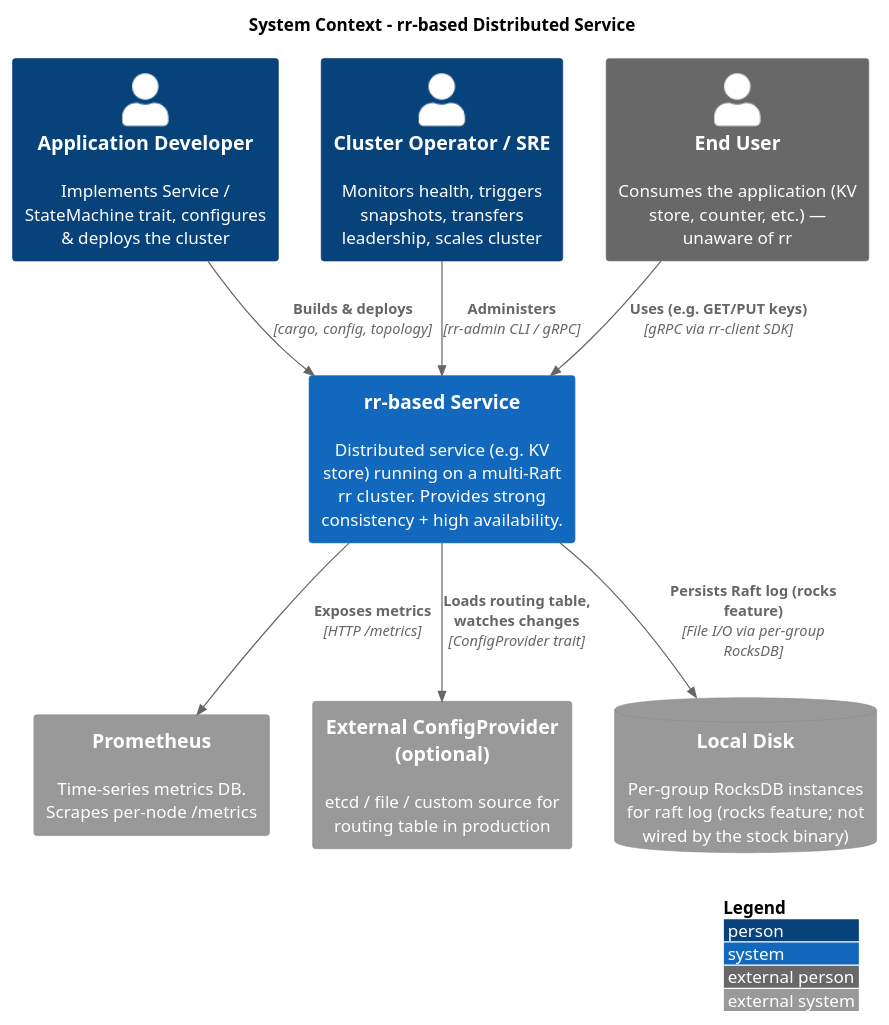
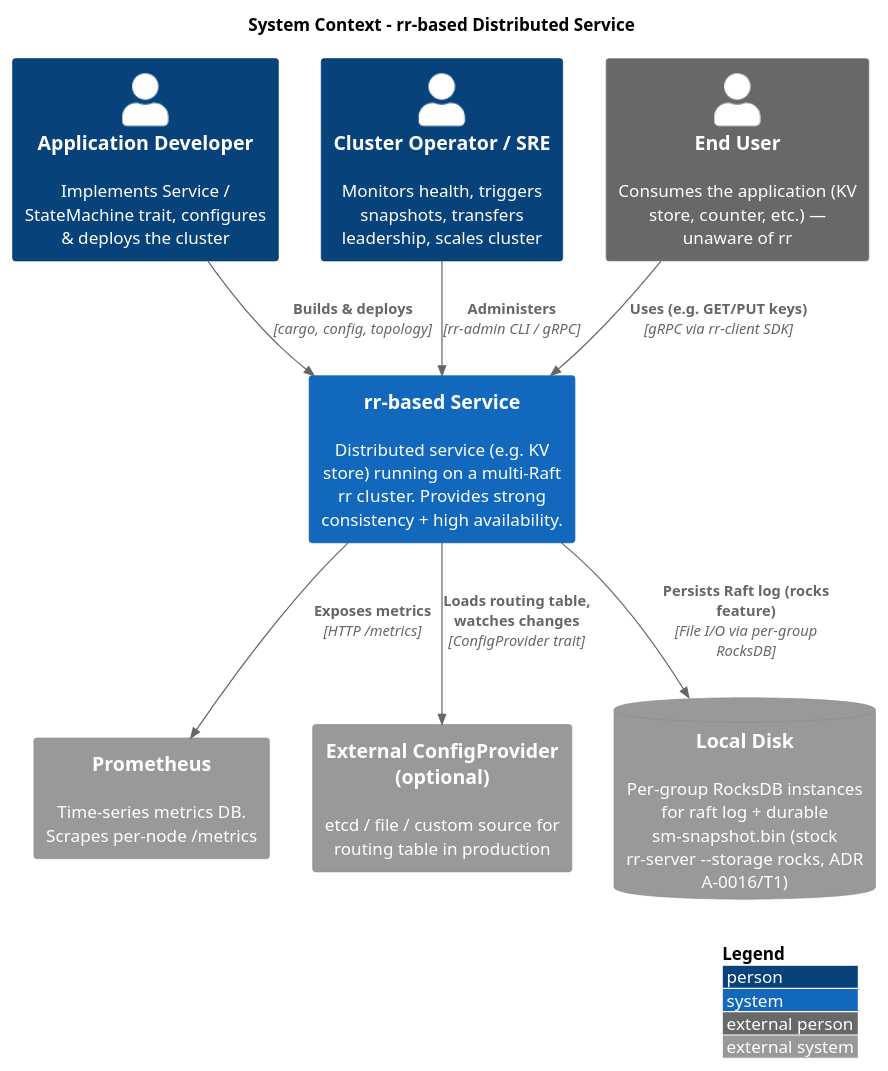
Before and after one commit to gardenias/rr: the diagram in docs/docs/architecture/c4/context.md, drawn with PlantUML. The commit also changed other lines of this file and 17 other files, not shown here.

````diff
--- a/docs/docs/architecture/c4/context.md
+++ b/docs/docs/architecture/c4/context.md
@@ -15,26 +15,26 @@
 ```plantuml
 @startuml
 !include <C4/C4_Context.puml>
 
 title System Context - rr-based Distributed Service
 
 Person(developer, "Application Developer", "Implements Service / StateMachine trait, configures & deploys the cluster")
 Person(operator, "Cluster Operator / SRE", "Monitors health, triggers snapshots, transfers leadership, scales cluster")
 Person_Ext(end_user, "End User", "Consumes the application (KV store, counter, etc.) — unaware of rr")
 
 System(rr_service, "rr-based Service", "Distributed service (e.g. KV store) running on a multi-Raft rr cluster. Provides strong consistency + high availability.")
 
 System_Ext(prometheus, "Prometheus", "Time-series metrics DB. Scrapes per-node /metrics")
 System_Ext(config_store, "External ConfigProvider (optional)", "etcd / file / custom source for routing table in production")
-SystemDb_Ext(disk, "Local Disk", "Per-group RocksDB instances for raft log (rocks feature; not wired by the stock binary)")
+SystemDb_Ext(disk, "Local Disk", "Per-group RocksDB instances for raft log + durable sm-snapshot.bin (stock rr-server --storage rocks, ADR A-0016/T1)")
 
 Rel(end_user, rr_service, "Uses (e.g. GET/PUT keys)", "gRPC via rr-client SDK")
 Rel(developer, rr_service, "Builds & deploys", "cargo, config, topology")
 Rel(operator, rr_service, "Administers", "rr-admin CLI / gRPC")
 Rel(rr_service, prometheus, "Exposes metrics", "HTTP /metrics")
 Rel(rr_service, disk, "Persists Raft log (rocks feature)", "File I/O via per-group RocksDB")
 Rel(rr_service, config_store, "Loads routing table, watches changes", "ConfigProvider trait")
 
 LAYOUT_WITH_LEGEND()
 @enduml
 ```
````
